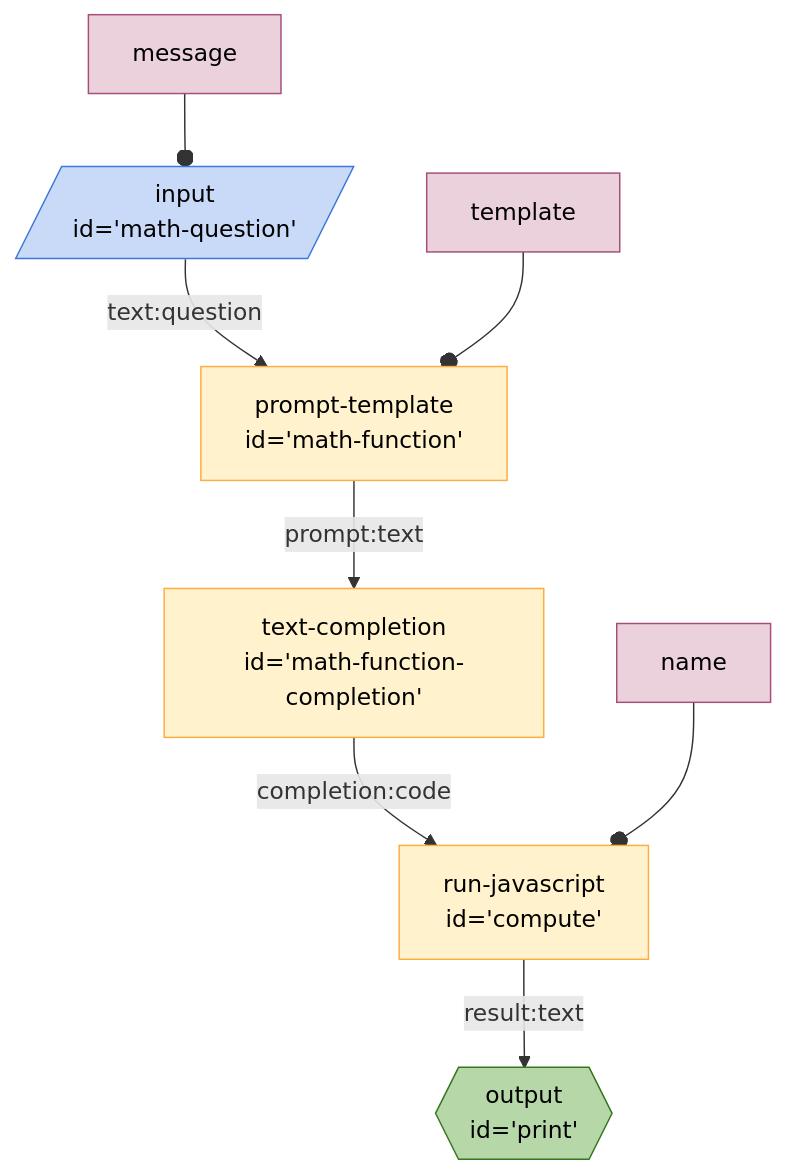
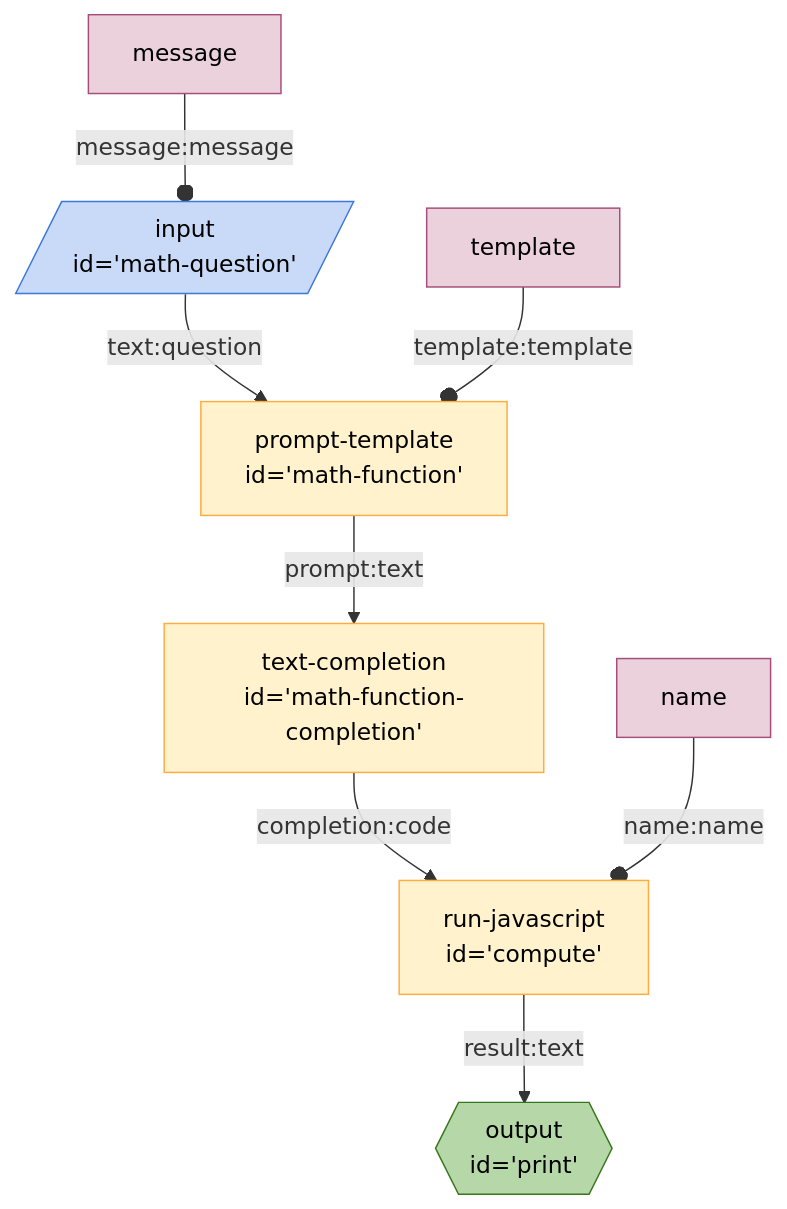
The diagram in seeds/graph-playground/docs/graphs/math.md (breadboard-ai/breadboard), drawn with Mermaid before and after one commit. The commit also changed 13 other files, not shown here.

Commit message:
[graph] Add proper edge markers for constants.

````diff
--- a/seeds/graph-playground/docs/graphs/math.md
+++ b/seeds/graph-playground/docs/graphs/math.md
@@ -4,26 +4,26 @@
 ```mermaid
 %%{init: 'themeVariables': { 'fontFamily': 'Fira Code, monospace' }}%%
 graph TD;
 mathquestion[/"input
 id='math-question'"/]:::input -- text:question --> mathfunction["prompt-template
 id='math-function'"]
 mathfunction["prompt-template
 id='math-function'"] -- prompt:text --> mathfunctioncompletion["text-completion
 id='math-function-completion'"]
 mathfunctioncompletion["text-completion
 id='math-function-completion'"] -- completion:code --> compute["run-javascript
 id='compute'"]
 compute["run-javascript
 id='compute'"] -- result:text --> print{{"output
 id='print'"}}:::output
-messagemathquestion[message]:::config --o mathquestion
-templatemathfunction[template]:::config --o mathfunction
-namecompute[name]:::config --o compute
+messagemathquestion[message]:::config -- message:message --o mathquestion
+templatemathfunction[template]:::config -- template:template --o mathfunction
+namecompute[name]:::config -- name:name --o compute
 classDef default stroke:#ffab40,fill:#fff2ccff,color:#000
 classDef input stroke:#3c78d8,fill:#c9daf8ff,color:#000
 classDef output stroke:#38761d,fill:#b6d7a8ff,color:#000
 classDef passthrough stroke:#a64d79,fill:#ead1dcff,color:#000
 classDef slot stroke:#a64d79,fill:#ead1dcff,color:#000
 classDef config stroke:#a64d79,fill:#ead1dcff,color:#000
 classDef slotted stroke:#a64d79
 ```
````
